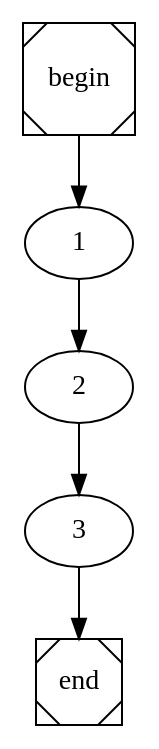
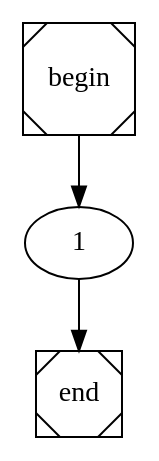
One commit to TiagooGomess/COMP2021-1B changed the diagram in main.dot. Above: the diagram before and after it, drawn with Graphviz. The commit also changed 12 other files, not shown here.

```diff
--- a/main.dot
+++ b/main.dot
@@ -1,4 +1,4 @@
 digraph cfg {
 	begin [shape=Msquare];
 	end [shape=Msquare];
-	begin -> 1;	1 -> 2;	2 -> 3;	3 -> end;}
+	begin -> 1;	1 -> end;}
```
